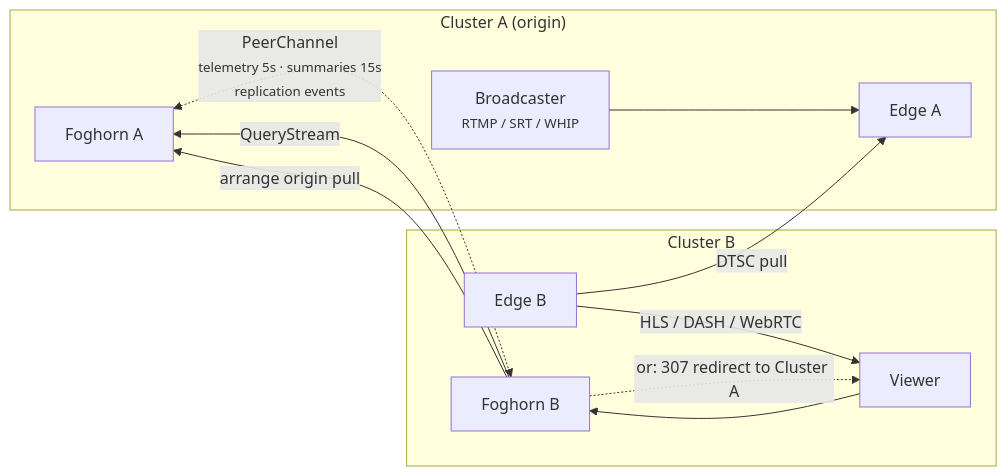
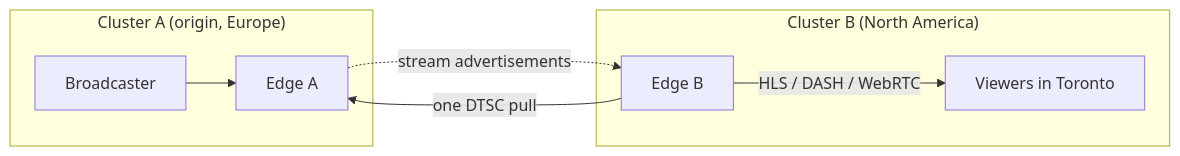
Before and after one commit to Livepeer-FrameWorks/monorepo: the diagram in website_docs/src/content/docs/blog/federation-went-live.mdx, drawn with Mermaid. The commit also changed other lines of this file and 16 other files, not shown here.

````diff
--- a/website_docs/src/content/docs/blog/federation-went-live.mdx
+++ b/website_docs/src/content/docs/blog/federation-went-live.mdx
@@ -45,17 +30,13 @@
 ```mermaid
 graph LR
-    subgraph "Cluster A (origin)"
-        PROD["Broadcaster<br/><small>RTMP / SRT / WHIP</small>"] --> EA["Edge A"]
-        FA["Foghorn A"]
+    subgraph "Cluster A (origin, Europe)"
+        PROD["Broadcaster"] --> EA["Edge A"]
     end
-    subgraph "Cluster B"
-        V["Viewer"] --> FB["Foghorn B"]
+    subgraph "Cluster B (North America)"
         EB["Edge B"]
+        V["Viewers in Toronto"]
     end
-    FA <-. "PeerChannel<br/><small>telemetry 5s · summaries 15s<br/>replication events</small>" .-> FB
-    FB -- "QueryStream" --> FA
-    FB -- "arrange origin pull" --> FA
-    EB -- "DTSC pull" --> EA
+    EA -. "stream advertisements" .-> EB
+    EB -- "one DTSC pull" --> EA
     EB -- "HLS / DASH / WebRTC" --> V
-    FB -. "or: 307 redirect to Cluster A" .-> V
 ```
````
